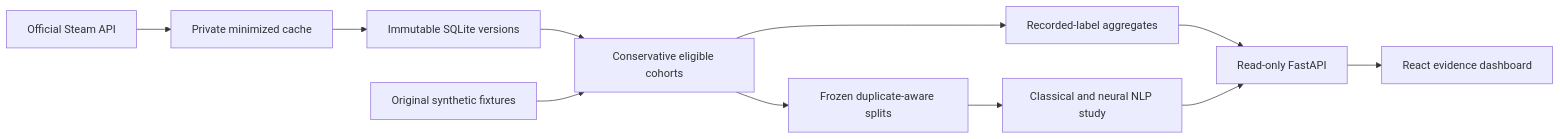
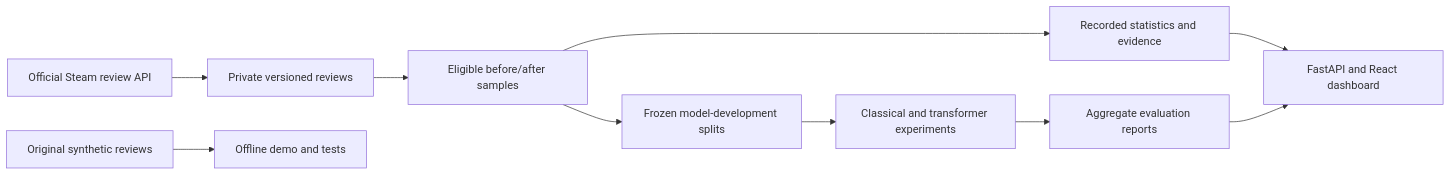
The diagram in README.md (bryanbans/patchpulse), drawn with Mermaid before and after one commit. The commit also changed other lines of this file and 1 other file, not shown here.

````diff
--- a/README.md
+++ b/README.md
@@ -57,13 +84,12 @@
 ```mermaid
 flowchart LR
-  A[Official Steam API] --> B[Private minimized cache]
-  B --> C[Immutable SQLite versions]
-  C --> D[Conservative eligible cohorts]
-  D --> E[Recorded-label aggregates]
-  D --> F[Frozen duplicate-aware splits]
-  F --> G[Classical and neural NLP study]
-  E --> H[Read-only FastAPI]
-  G --> H
-  I[Original synthetic fixtures] --> D
-  H --> J[React evidence dashboard]
+  A[Official Steam review API] --> B[Private versioned reviews]
+  B --> C[Eligible before/after samples]
+  C --> D[Recorded statistics and evidence]
+  C --> E[Frozen model-development splits]
+  E --> F[Classical and transformer experiments]
+  D --> G[FastAPI and React dashboard]
+  F --> H[Aggregate evaluation reports]
+  H --> G
+  I[Original synthetic reviews] --> J[Offline demo and tests]
 ```
````
